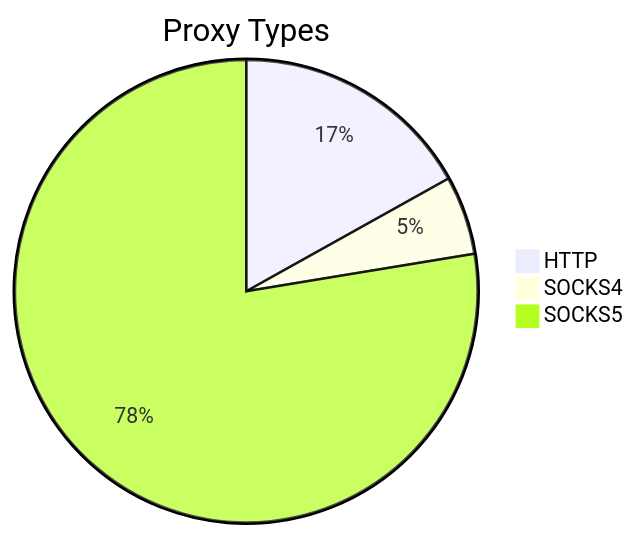
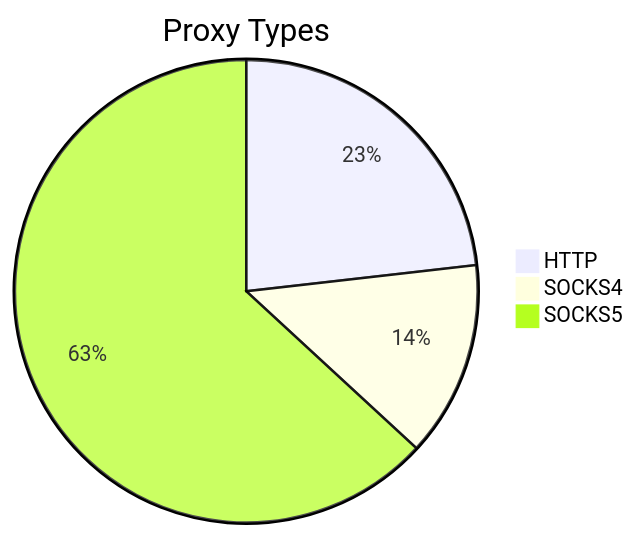
The first of 2 diagrams in README.md (stormsia/proxy-list), drawn with Mermaid before and after one commit. The commit also changed other lines of this file, not shown here.

````diff
--- a/README.md
+++ b/README.md
@@ -21,6 +21,6 @@
 ```mermaid
 pie title Proxy Types
-    "HTTP" : 83
-    "SOCKS4" : 27
-    "SOCKS5" : 381
+    "HTTP" : 90
+    "SOCKS4" : 53
+    "SOCKS5" : 245
 ```
````
